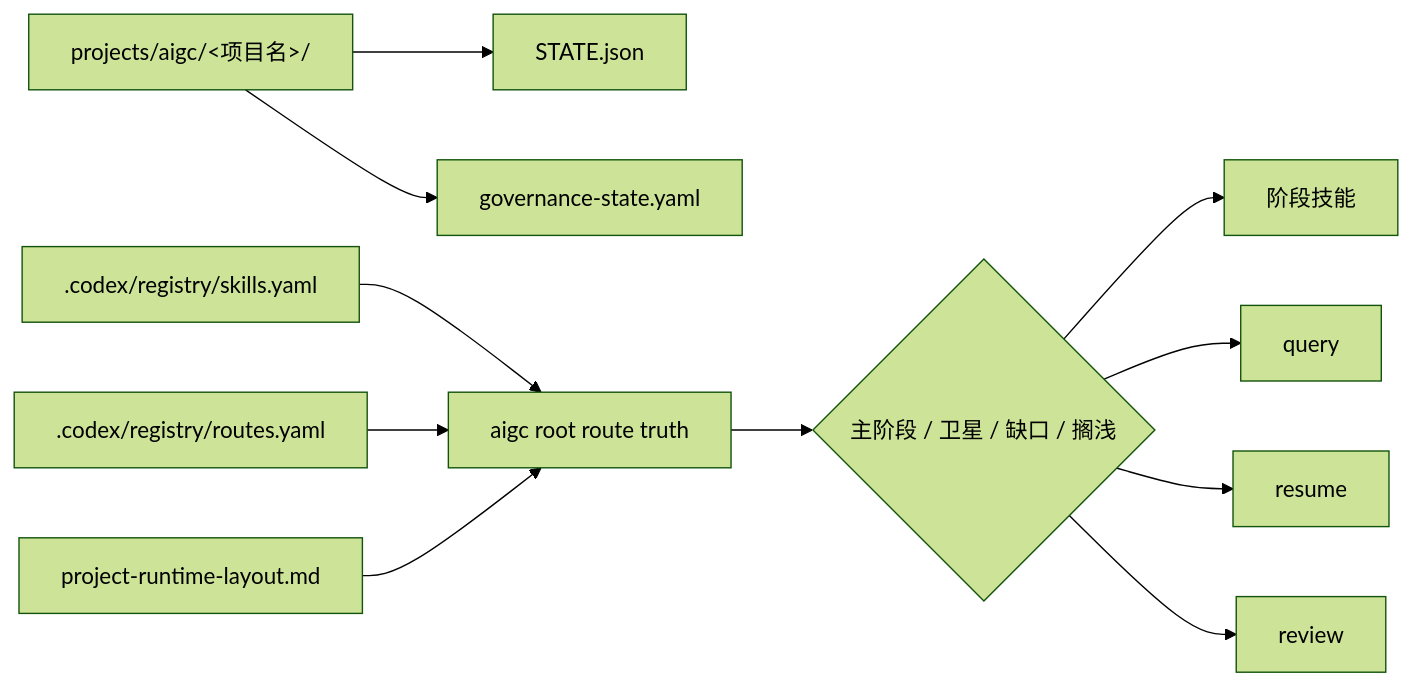
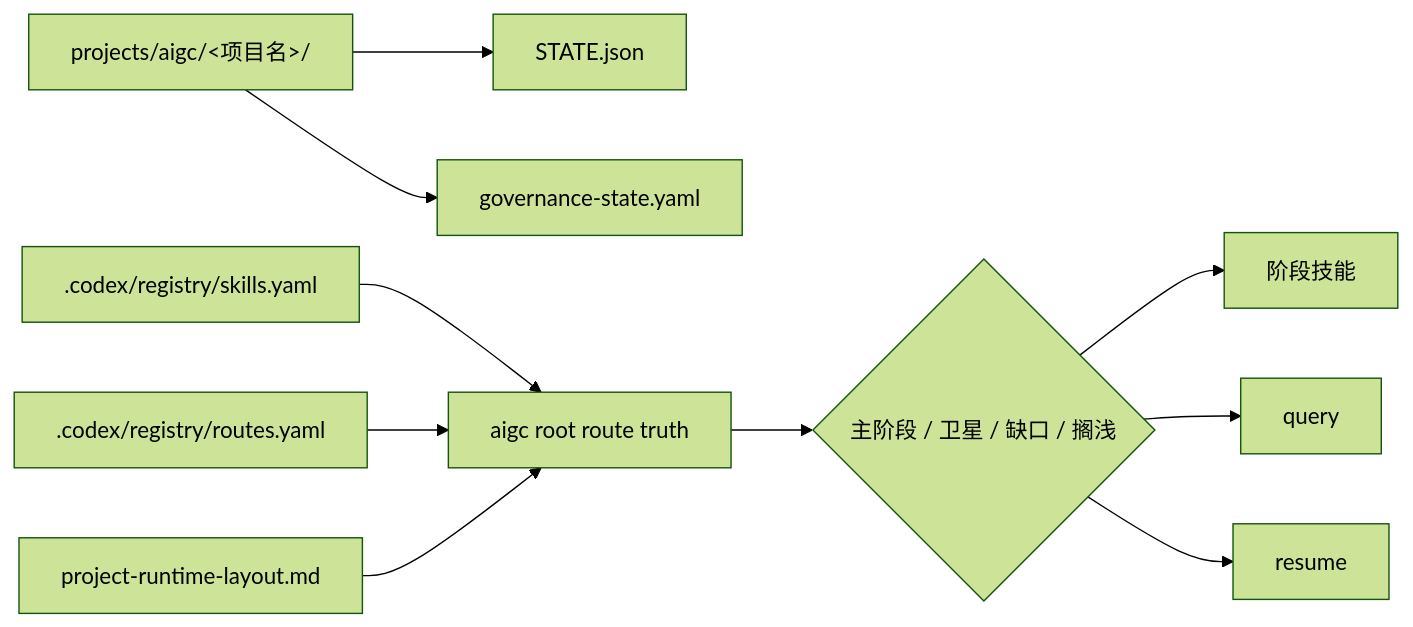
Before and after one commit to ZEN-VOID/AI-CUT: the second of 4 diagrams in .agents/skills/aigc/SKILL.md, drawn with Mermaid (forest theme). The commit also changed other lines of this file and 281 other files, not shown here.

````diff
--- a/.agents/skills/aigc/SKILL.md
+++ b/.agents/skills/aigc/SKILL.md
@@ -102,13 +102,12 @@
 ```mermaid
 flowchart LR
     A["projects/aigc/<项目名>/"] --> B["STATE.json"]
     A --> C["governance-state.yaml"]
     D[".codex/registry/skills.yaml"] --> E["aigc root route truth"]
     F[".codex/registry/routes.yaml"] --> E
     G["project-runtime-layout.md"] --> E
     E --> H{"主阶段 / 卫星 / 缺口 / 搁浅"}
     H --> I["阶段技能"]
     H --> J["query"]
     H --> K["resume"]
-    H --> L["review"]
 ```
````
